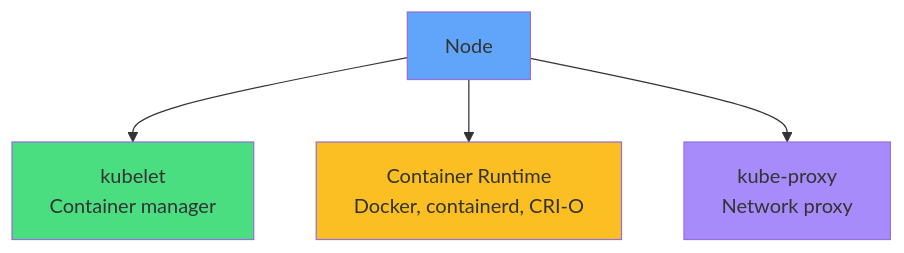
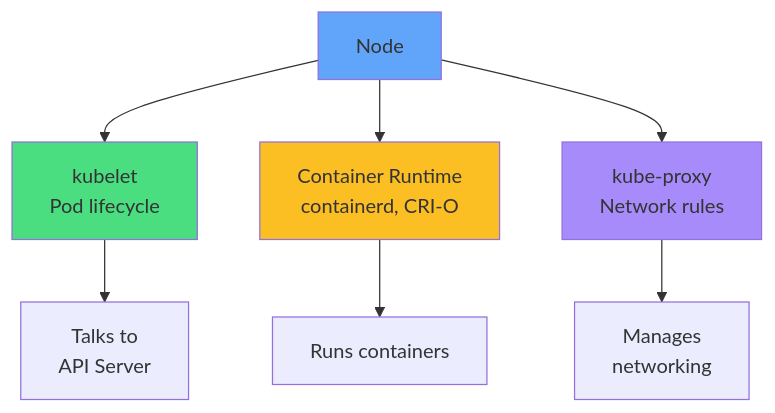
Before and after one commit to courselabs/kubernetes: the second of 8 diagrams in slides/nodes/slides.md, drawn with Mermaid. The commit also changed other lines of this file and 5 other files, not shown here.

````diff
--- a/slides/nodes/slides.md
+++ b/slides/nodes/slides.md
@@ -67,11 +69,13 @@
 ```mermaid
 graph TB
-    N[Node]
-    N --> K[kubelet<br/>Container manager]
-    N --> C[Container Runtime<br/>Docker, containerd, CRI-O]
-    N --> P[kube-proxy<br/>Network proxy]
+    N[Node] --> K[kubelet<br/>Pod lifecycle]
+    N --> CR[Container Runtime<br/>containerd, CRI-O]
+    N --> KP[kube-proxy<br/>Network rules]
+    K --> API[Talks to<br/>API Server]
+    CR --> C[Runs containers]
+    KP --> NET[Manages<br/>networking]
     style N fill:#60a5fa
     style K fill:#4ade80
-    style C fill:#fbbf24
-    style P fill:#a78bfa
+    style CR fill:#fbbf24
+    style KP fill:#a78bfa
 ```
````
